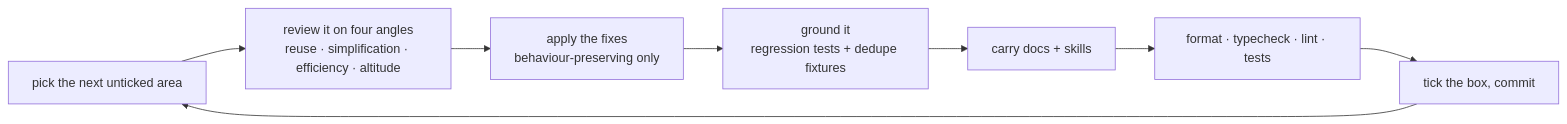
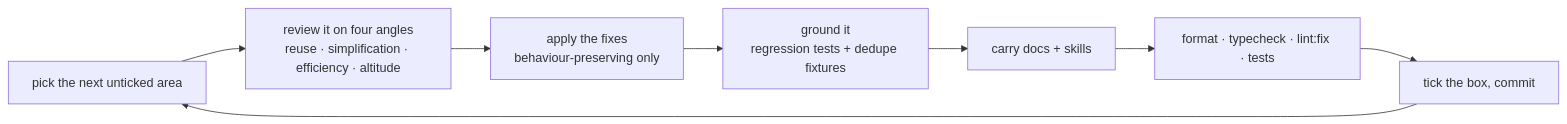
One commit to Esposter/Esposter changed the diagram in packages/app/content/docs/proposals/refactors/simplification-sweep.md. Above: the diagram before and after it, drawn with Mermaid. The commit also changed other lines of this file and 7 other files, not shown here.

````diff
--- a/packages/app/content/docs/proposals/refactors/simplification-sweep.md
+++ b/packages/app/content/docs/proposals/refactors/simplification-sweep.md
@@ -14,10 +14,10 @@
 ```mermaid
 flowchart LR
   SCOPE["pick the next unticked area"] --> REVIEW["review it on four angles<br/>reuse · simplification · efficiency · altitude"]
   REVIEW --> APPLY["apply the fixes<br/>behaviour-preserving only"]
   APPLY --> TESTS["ground it<br/>regression tests + dedupe fixtures"]
   TESTS --> DOCS["carry docs + skills"]
-  DOCS --> CHECK["format · typecheck · lint · tests"]
+  DOCS --> CHECK["format · typecheck · lint:fix · tests"]
   CHECK --> TICK["tick the box, commit"]
   TICK --> SCOPE
 ```
````
